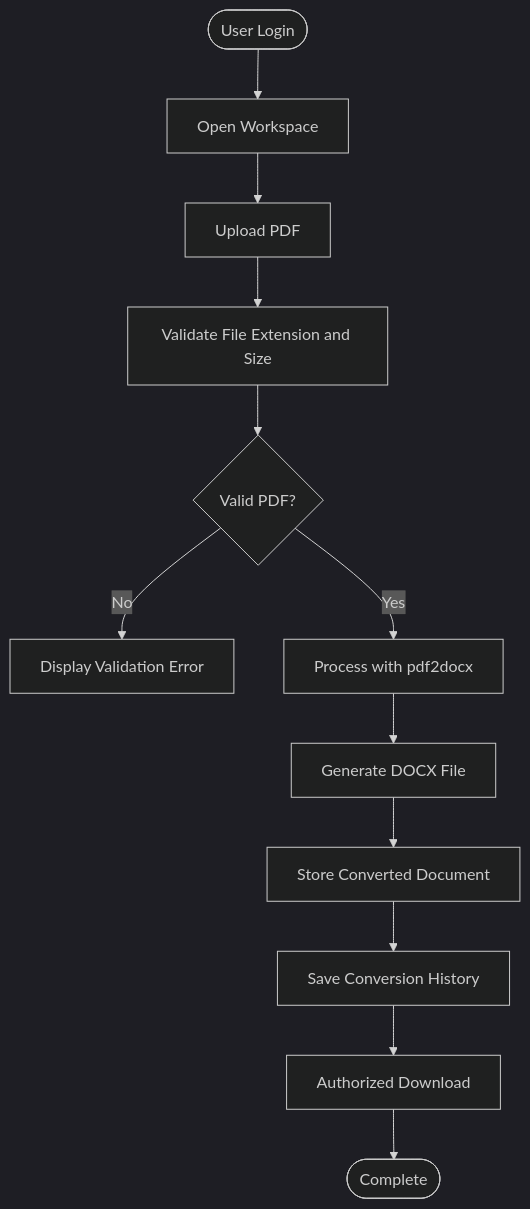
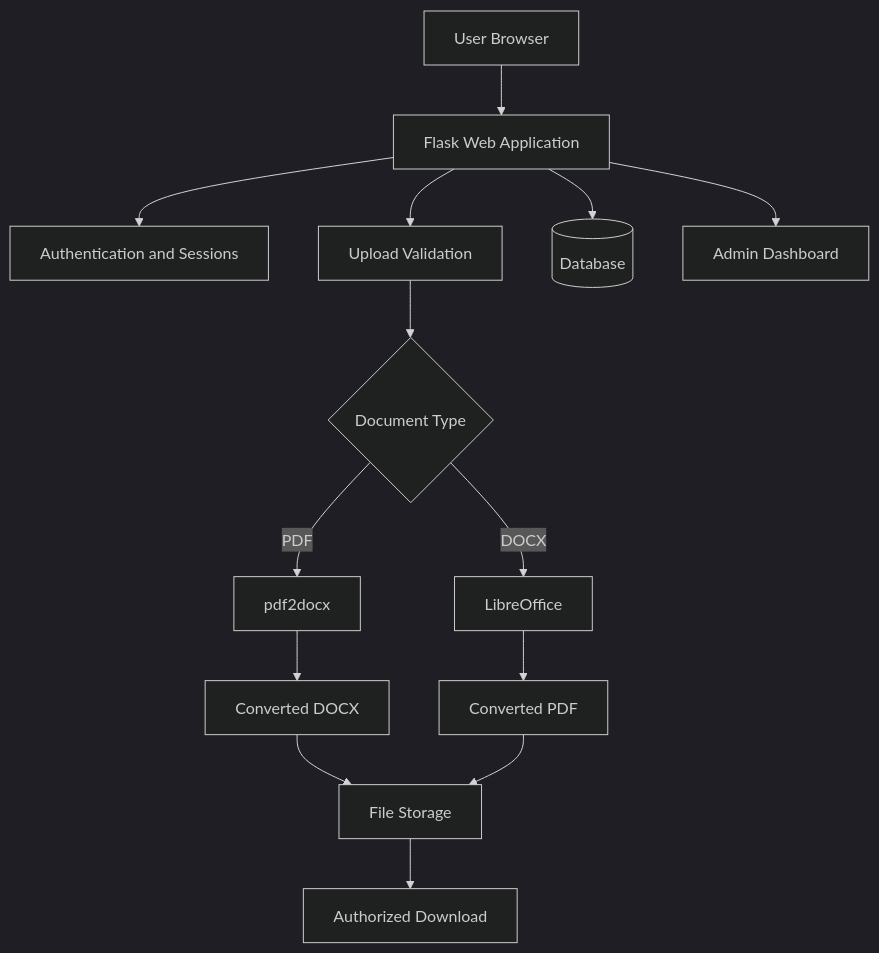
The diagram in README.md (lakshyakansal/DocuFlow-PDF-Word-Converter), drawn with Mermaid (dark theme) before and after one commit. The commit also changed other lines of this file, not shown here.

````diff
--- a/README.md
+++ b/README.md
@@ -62,14 +55,16 @@
 ```mermaid
 flowchart TD
-    A([User Login]) --> B[Open Workspace]
-    B --> C[Upload PDF]
-    C --> D[Validate File Extension and Size]
-    D --> E{Valid PDF?}
-    E -->|No| F[Display Validation Error]
-    E -->|Yes| G[Process with pdf2docx]
-    G --> H[Generate DOCX File]
-    H --> I[Store Converted Document]
-    I --> J[Save Conversion History]
-    J --> K[Authorized Download]
-    K --> L([Complete])
+    A[User Browser] --> B[Flask Web Application]
+    B --> C[Authentication and Sessions]
+    B --> D[Upload Validation]
+    D --> E{Document Type}
+    E -->|PDF| F[pdf2docx]
+    E -->|DOCX| G[LibreOffice]
+    F --> H[Converted DOCX]
+    G --> I[Converted PDF]
+    H --> J[File Storage]
+    I --> J
+    B --> K[(Database)]
+    B --> L[Admin Dashboard]
+    J --> M[Authorized Download]
 ```
````
